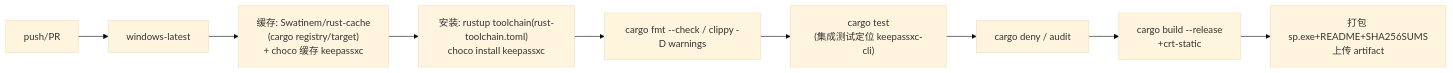
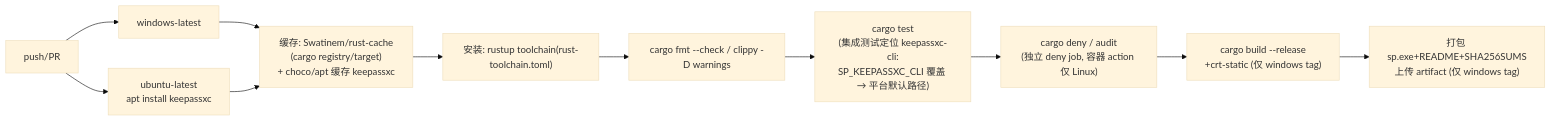
The third of 3 diagrams in design_docs/07_测试与CI.md (jxsword/SuperPasswdKey), drawn with Mermaid (base theme) before and after one commit. The commit also changed other lines of this file and 2 other files, not shown here.

Commit message:
ci: add linux job; docs: review record for linux port round
- ci.yml: linux job (ubuntu-latest, apt keepassxc, fmt/clippy/test same
  gates as windows); cargo-fuzz stays out of CI
- design_docs/07 §3 updated for the two-runner matrix
- design_docs/review.md: linux-port round findings #1-#6 and dispositions

````diff
--- a/design_docs/07_测试与CI.md
+++ b/design_docs/07_测试与CI.md
@@ -30,11 +30,12 @@
 ```mermaid
 flowchart LR
     PUSH[push/PR] --> JOB[windows-latest]
-    JOB --> CACHE["缓存: Swatinem/rust-cache\n(cargo registry/target)\n+ choco 缓存 keepassxc"]
-    CACHE --> INST["安装: rustup toolchain(rust-toolchain.toml)\nchoco install keepassxc"]
+    PUSH --> LINUX[ubuntu-latest<br/>apt install keepassxc]
+    JOB & LINUX --> CACHE["缓存: Swatinem/rust-cache\n(cargo registry/target)\n+ choco/apt 缓存 keepassxc"]
+    CACHE --> INST["安装: rustup toolchain(rust-toolchain.toml)"]
     INST --> LINT["cargo fmt --check / clippy -D warnings"]
-    LINT --> TEST["cargo test\n(集成测试定位 keepassxc-cli)"]
-    TEST --> SEC["cargo deny / audit"]
-    SEC --> BUILD["cargo build --release\n+crt-static"]
-    BUILD --> PKG["打包 sp.exe+README+SHA256SUMS\n上传 artifact"]
+    LINT --> TEST["cargo test\n(集成测试定位 keepassxc-cli:\nSP_KEEPASSXC_CLI 覆盖 → 平台默认路径)"]
+    TEST --> SEC["cargo deny / audit\n(独立 deny job, 容器 action 仅 Linux)"]
+    SEC --> BUILD["cargo build --release\n+crt-static (仅 windows tag)"]
+    BUILD --> PKG["打包 sp.exe+README+SHA256SUMS\n上传 artifact (仅 windows tag)"]
 ```
````
